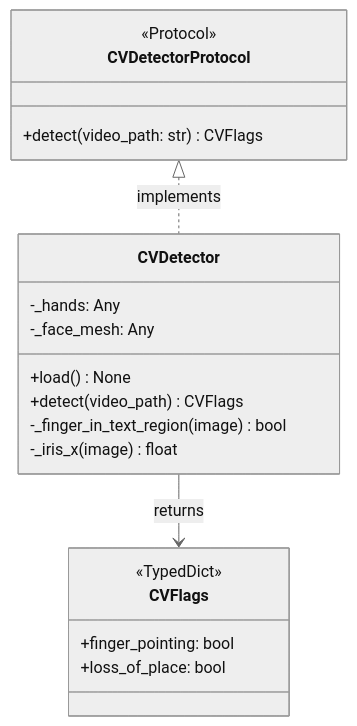
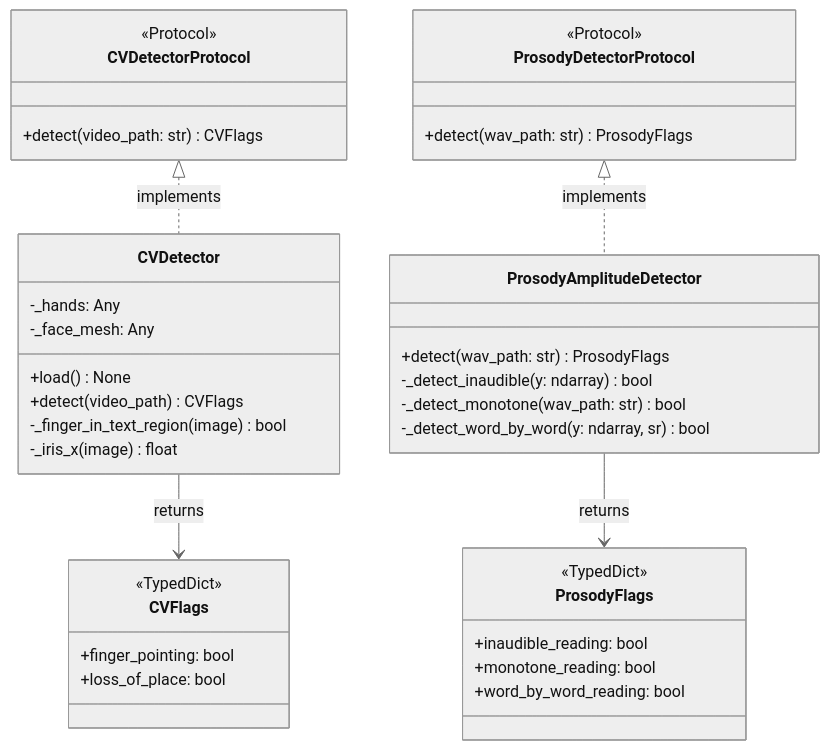
The diagram in docs/uml/class/go3-classes.md (ChristianNemeno/SE-Module-02), drawn with Mermaid (neutral theme) before and after one commit. The commit also changed other lines of this file and 5 other files, not shown here.

Commit message:
feat: add ProsodyAmplitudeDetector and related components for audio prosody analysis

````diff
--- a/docs/uml/class/go3-classes.md
+++ b/docs/uml/class/go3-classes.md
@@ -3,22 +3,40 @@
 ```mermaid
 classDiagram
     class CVDetectorProtocol {
         <<Protocol>>
         +detect(video_path: str) CVFlags
     }
     class CVDetector {
         -_hands: Any
         -_face_mesh: Any
         +load() None
         +detect(video_path) CVFlags
         -_finger_in_text_region(image) bool
         -_iris_x(image) float
     }
     class CVFlags {
         <<TypedDict>>
         +finger_pointing: bool
         +loss_of_place: bool
     }
+    class ProsodyDetectorProtocol {
+        <<Protocol>>
+        +detect(wav_path: str) ProsodyFlags
+    }
+    class ProsodyAmplitudeDetector {
+        +detect(wav_path: str) ProsodyFlags
+        -_detect_inaudible(y: ndarray) bool
+        -_detect_monotone(wav_path: str) bool
+        -_detect_word_by_word(y: ndarray, sr) bool
+    }
+    class ProsodyFlags {
+        <<TypedDict>>
+        +inaudible_reading: bool
+        +monotone_reading: bool
+        +word_by_word_reading: bool
+    }
     CVDetectorProtocol <|.. CVDetector : implements
     CVDetector --> CVFlags : returns
+    ProsodyDetectorProtocol <|.. ProsodyAmplitudeDetector : implements
+    ProsodyAmplitudeDetector --> ProsodyFlags : returns
 ```
````
